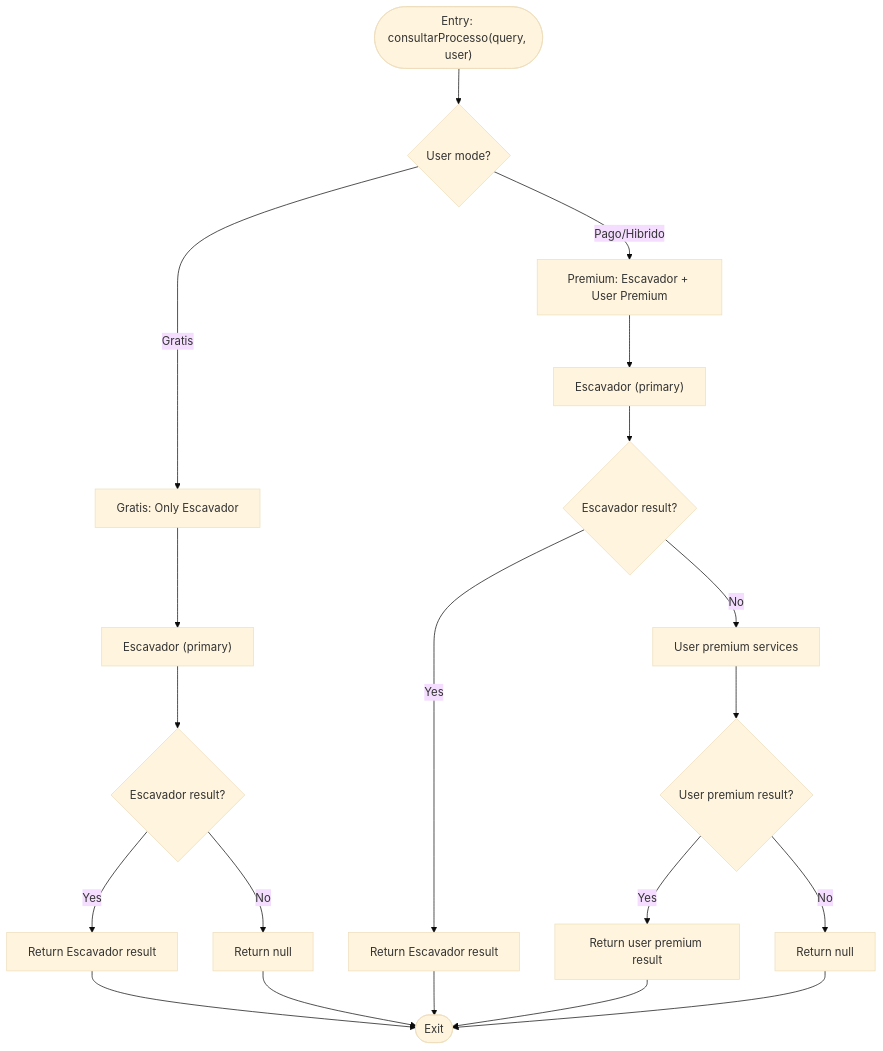
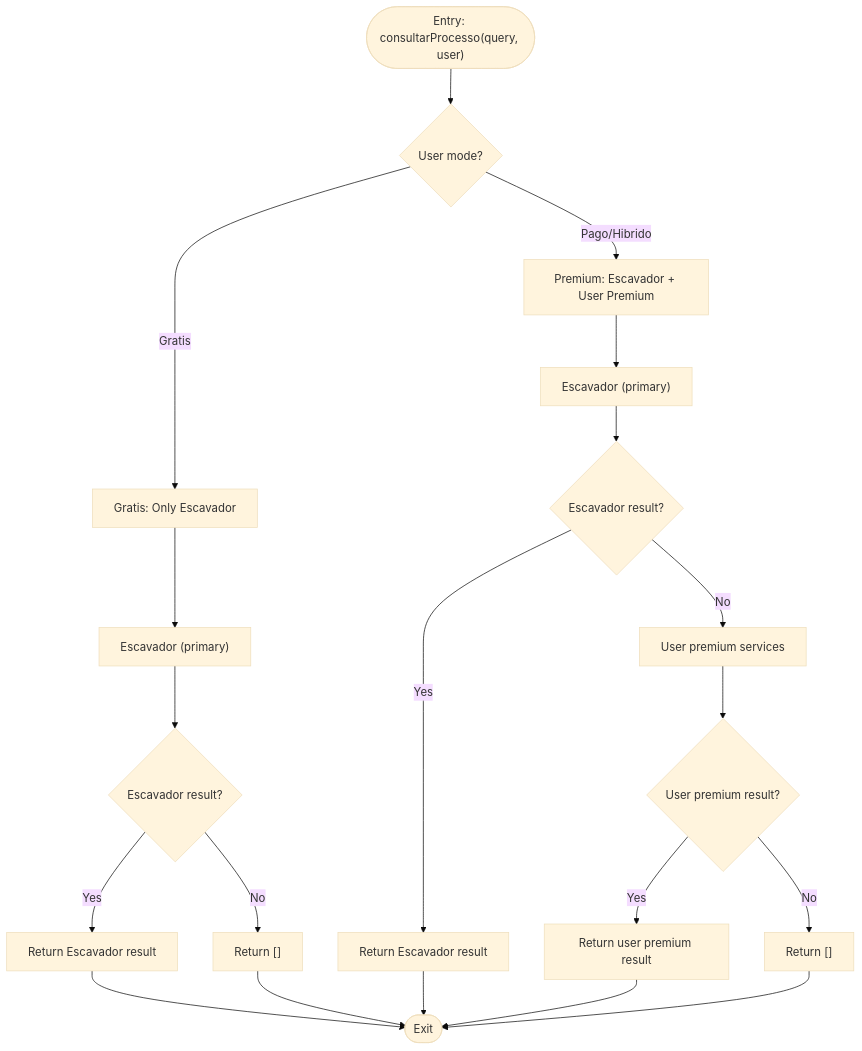
Before and after one commit to Alexandrexicara/bot-processos: the third of 5 diagrams in .qoder/repowiki/en/content/API Integration Layer/Tiered Access Strategy.md, drawn with Mermaid (base theme). The commit also changed other lines of this file and 5 other files, not shown here.

````diff
--- a/.qoder/repowiki/en/content/API Integration Layer/Tiered Access Strategy.md
+++ b/.qoder/repowiki/en/content/API Integration Layer/Tiered Access Strategy.md
@@ -169,22 +170,22 @@
 ```mermaid
 flowchart TD
 Start(["Entry: consultarProcesso(query, user)"]) --> CheckMode{"User mode?"}
 CheckMode --> |Gratis| GratisFlow["Gratis: Only Escavador"]
 CheckMode --> |Pago/Hibrido| PremiumFlow["Premium: Escavador + User Premium"]
 GratisFlow --> EscavadorOnly["Escavador (primary)"]
 PremiumFlow --> EscavadorFirst["Escavador (primary)"]
 EscavadorOnly --> EResult{"Escavador result?"}
 EResult --> |Yes| ReturnE["Return Escavador result"]
-EResult --> |No| ReturnNull["Return null"]
+EResult --> |No| ReturnNull["Return []"]
 EscavadorFirst --> EResult2{"Escavador result?"}
 EResult2 --> |Yes| ReturnE2["Return Escavador result"]
 EResult2 --> |No| UserPremium["User premium services"]
 UserPremium --> UResult{"User premium result?"}
 UResult --> |Yes| ReturnU["Return user premium result"]
-UResult --> |No| ReturnNull2["Return null"]
+UResult --> |No| ReturnNull2["Return []"]
 ReturnE --> End(["Exit"])
 ReturnE2 --> End
 ReturnU --> End
 ReturnNull --> End
 ReturnNull2 --> End
 ```
````
